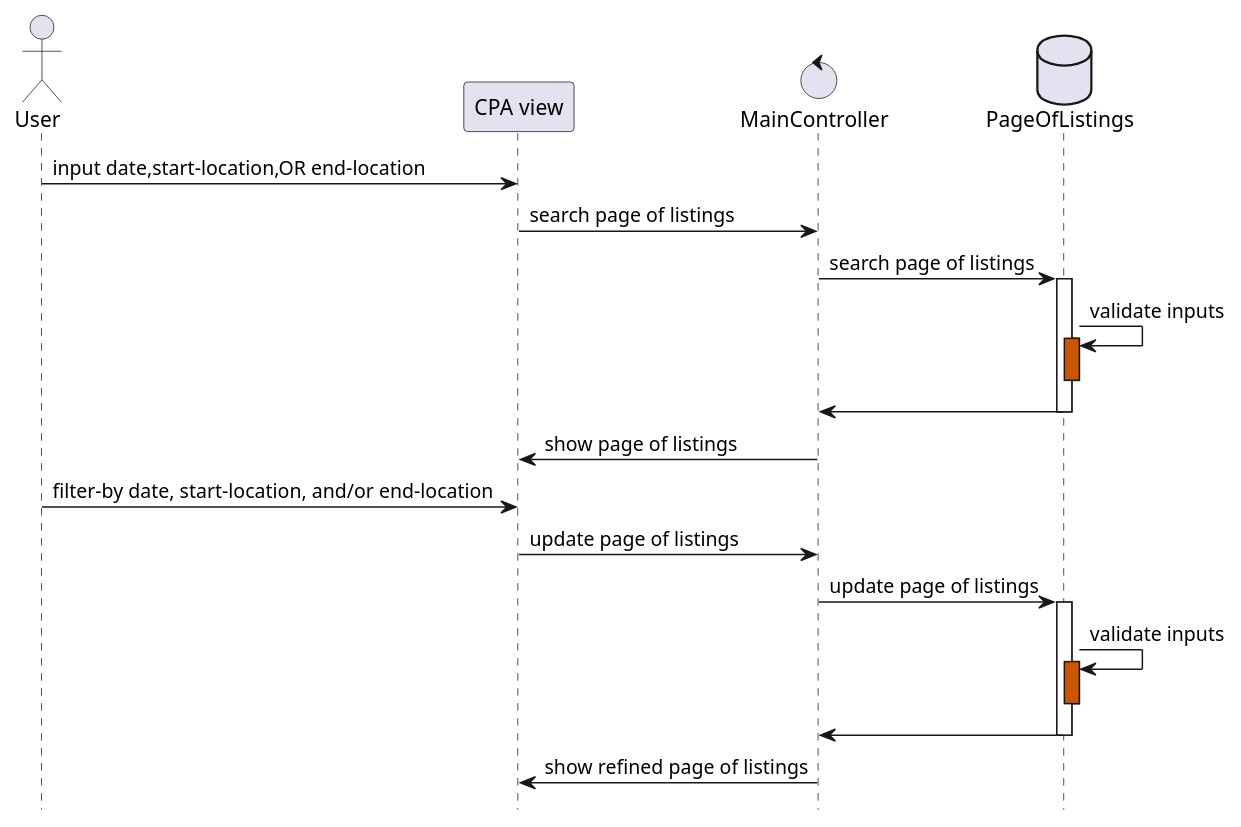
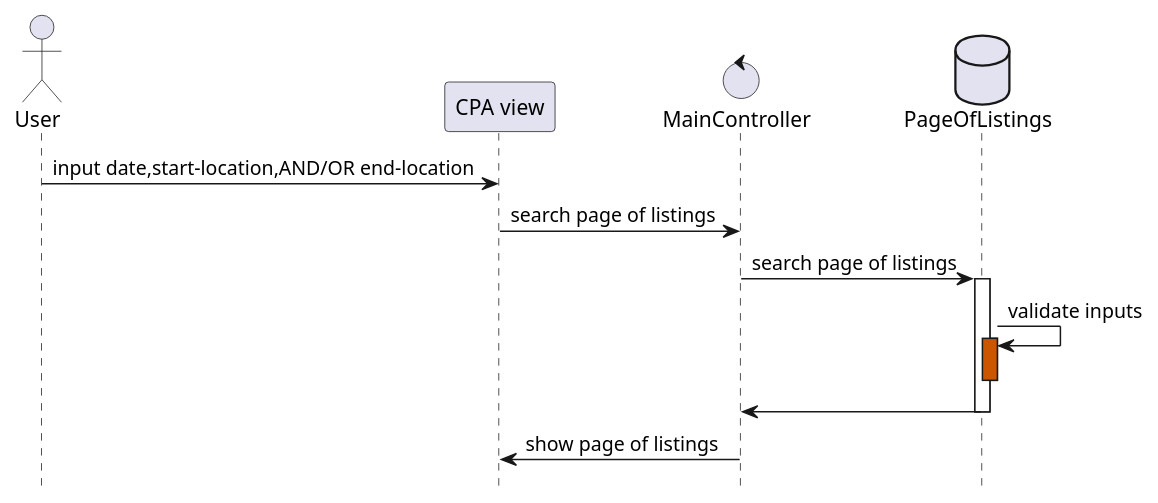
The fourth of 5 diagrams in doc/design.md (PriyaMulla/Carpool-Connect-VC), drawn with PlantUML before and after one commit.

Commit message:
Edited Search Listings seq diagram

````diff
--- a/doc/design.md
+++ b/doc/design.md
@@ -125,43 +125,29 @@
 ```plantuml
 @startuml
 hide footbox
 
 'ACTORS
 actor "User" as user
 participant "CPA view" as system
 control "MainController" as controller
 database "PageOfListings" as ldatabase
 
 'ACTIONS
-user -> system : input date,start-location,OR end-location 
+user -> system : input date,start-location,AND/OR end-location 
 system -> controller : search page of listings
 controller -> ldatabase : search page of listings
 
 
 activate ldatabase
 
 ldatabase -> ldatabase : validate inputs
 activate ldatabase #CC5500
 
 deactivate ldatabase
 ldatabase -> controller
 deactivate ldatabase
 
 controller -> system : show page of listings
 
-user -> system : filter-by date, start-location, and/or end-location
-system -> controller : update page of listings
-controller -> ldatabase :  update page of listings
-
-activate ldatabase
-
-ldatabase -> ldatabase : validate inputs
-activate ldatabase #CC5500
-
-deactivate ldatabase
-ldatabase -> controller
-deactivate ldatabase
-
-controller -> system : show refined page of listings
 @enduml
 ```
````
